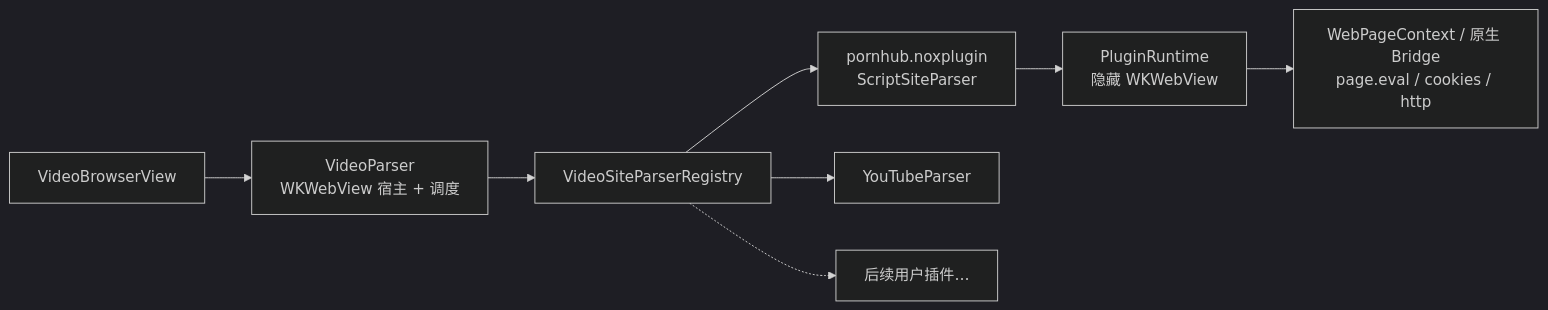
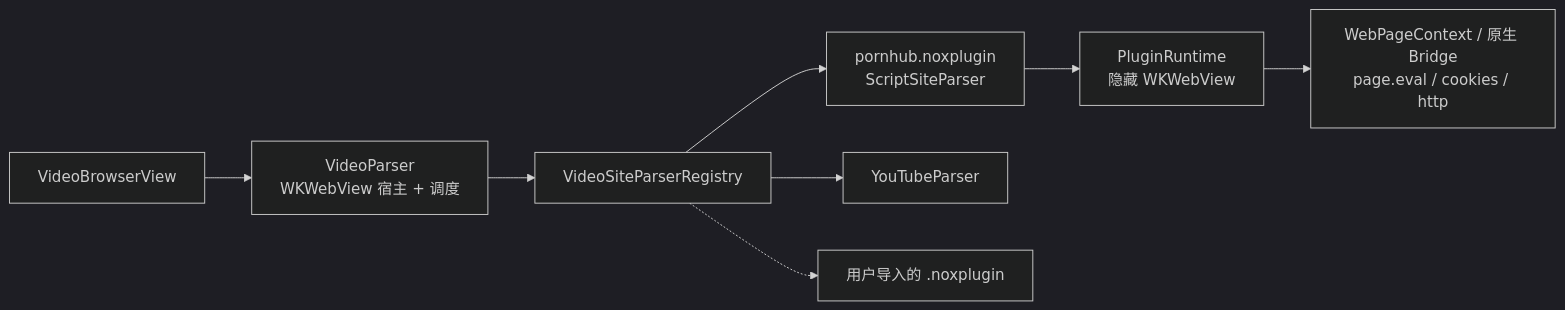
The diagram in README.md (gfk-sveyigey/Nox), drawn with Mermaid (dark theme) before and after one commit. The commit also changed other lines of this file and 24 other files, not shown here.

````diff
--- a/README.md
+++ b/README.md
@@ -176,10 +196,10 @@
 ```mermaid
 graph LR
     V[VideoBrowserView] --> P[VideoParser<br/>WKWebView 宿主 + 调度]
     P --> R[VideoSiteParserRegistry]
     R --> A["pornhub.noxplugin<br/>ScriptSiteParser"]
     R --> Y[YouTubeParser]
-    R -.-> B["后续用户插件…"]
+    R -.-> B["用户导入的 .noxplugin"]
     A --> RT[PluginRuntime<br/>隐藏 WKWebView]
     RT --> C[WebPageContext / 原生 Bridge<br/>page.eval / cookies / http]
 ```
````
